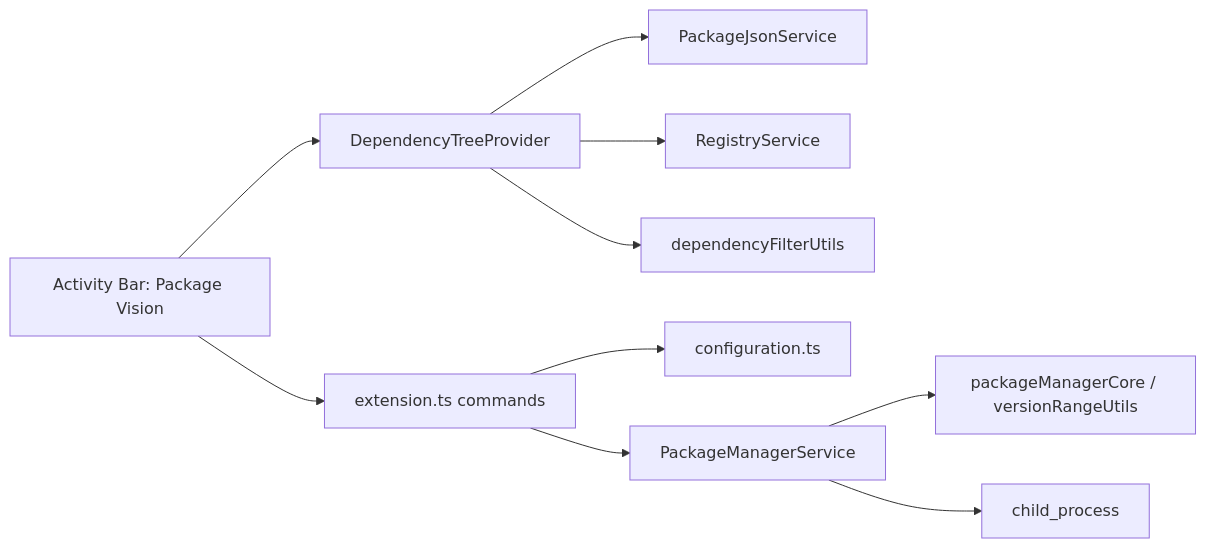
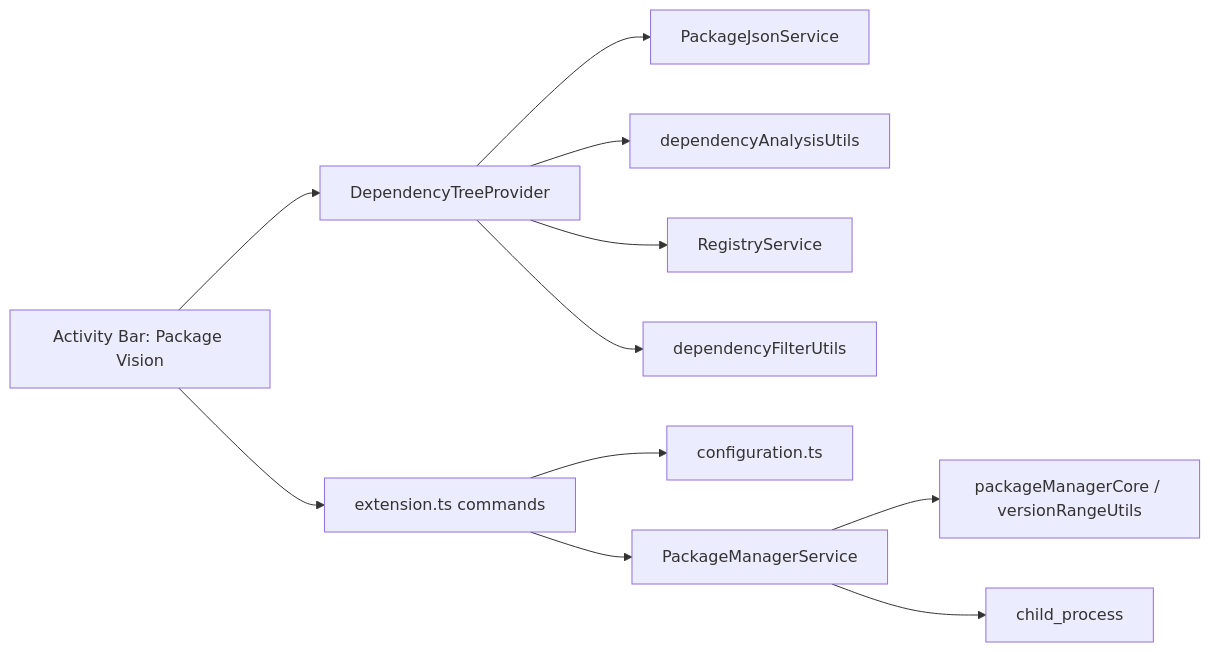
One commit to zongpengz/package-vision changed the diagram in docs/technical-design.md. Above: the diagram before and after it, drawn with Mermaid. The commit also changed other lines of this file and 8 other files, not shown here.

````diff
--- a/docs/technical-design.md
+++ b/docs/technical-design.md
@@ -43,12 +43,13 @@
 ```mermaid
 flowchart LR
   A["Activity Bar: Package Vision"] --> B["DependencyTreeProvider"]
   B --> C["PackageJsonService"]
+  B --> K["dependencyAnalysisUtils"]
   B --> D["RegistryService"]
   B --> E["dependencyFilterUtils"]
   A --> F["extension.ts commands"]
   F --> G["configuration.ts"]
   F --> H["PackageManagerService"]
   H --> I["packageManagerCore / versionRangeUtils"]
   H --> J["child_process"]
 ```
````
